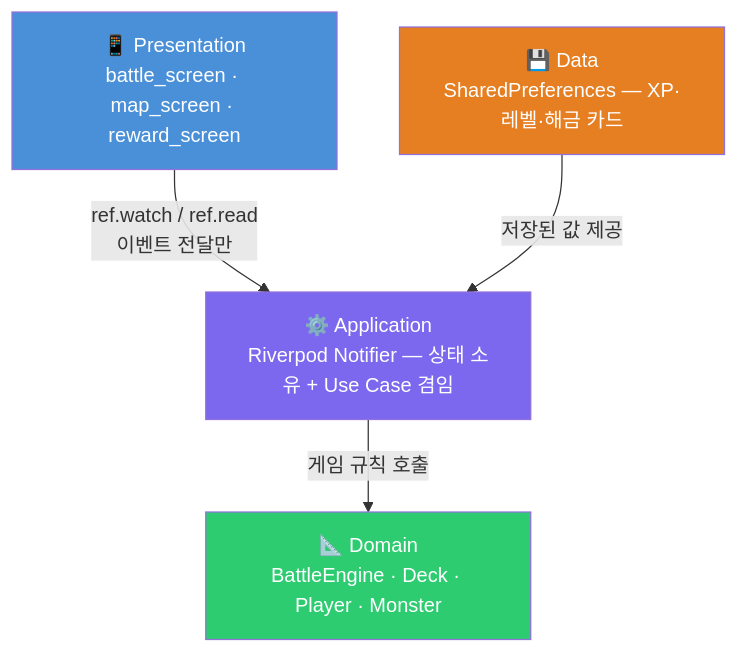
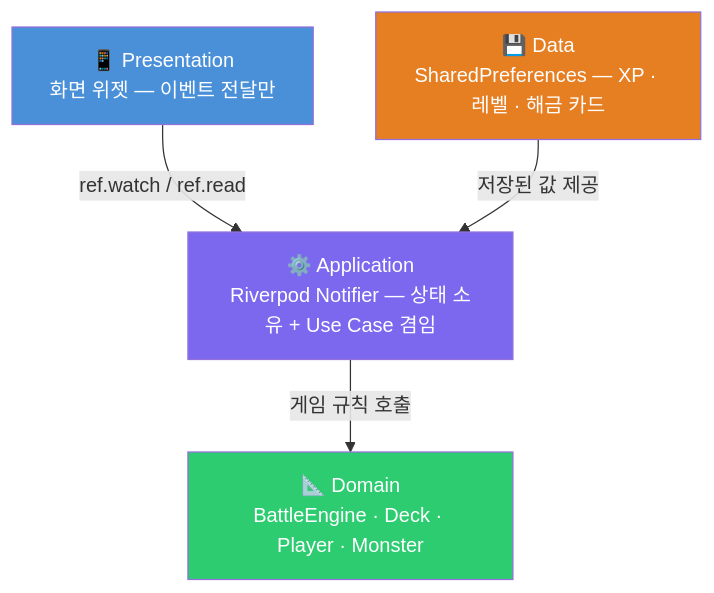
Before and after one commit to kang3019/slay-the-flutter: the first of 2 diagrams in docs/slides/midterm-presentation.md, drawn with Mermaid. The commit also changed other lines of this file and 3 other files, not shown here.

````diff
--- a/docs/slides/midterm-presentation.md
+++ b/docs/slides/midterm-presentation.md
@@ -87,16 +90,16 @@
 ```mermaid
 graph TD
-    P["📱 Presentation\nbattle_screen · map_screen · reward_screen"]
+    P["📱 Presentation\n화면 위젯 — 이벤트 전달만"]
     A["⚙️ Application\nRiverpod Notifier — 상태 소유 + Use Case 겸임"]
     D["📐 Domain\nBattleEngine · Deck · Player · Monster"]
-    DS["💾 Data\nSharedPreferences — XP·레벨·해금 카드"]
+    DS["💾 Data\nSharedPreferences — XP · 레벨 · 해금 카드"]
 
-    P -->|"ref.watch / ref.read\n이벤트 전달만"| A
+    P -->|"ref.watch / ref.read"| A
     A -->|"게임 규칙 호출"| D
     DS -->|"저장된 값 제공"| A
 
     style P fill:#4A90D9,color:#fff
     style A fill:#7B68EE,color:#fff
     style D fill:#2ECC71,color:#fff
     style DS fill:#E67E22,color:#fff
 ```
````
